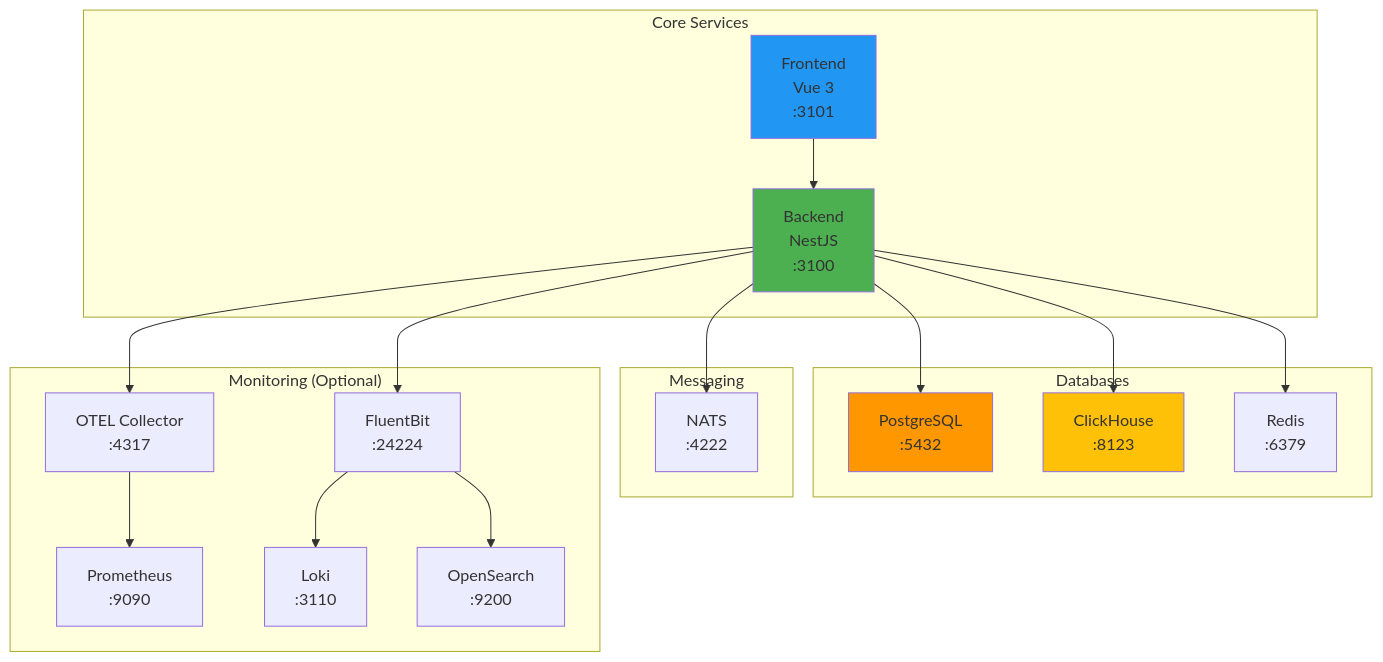
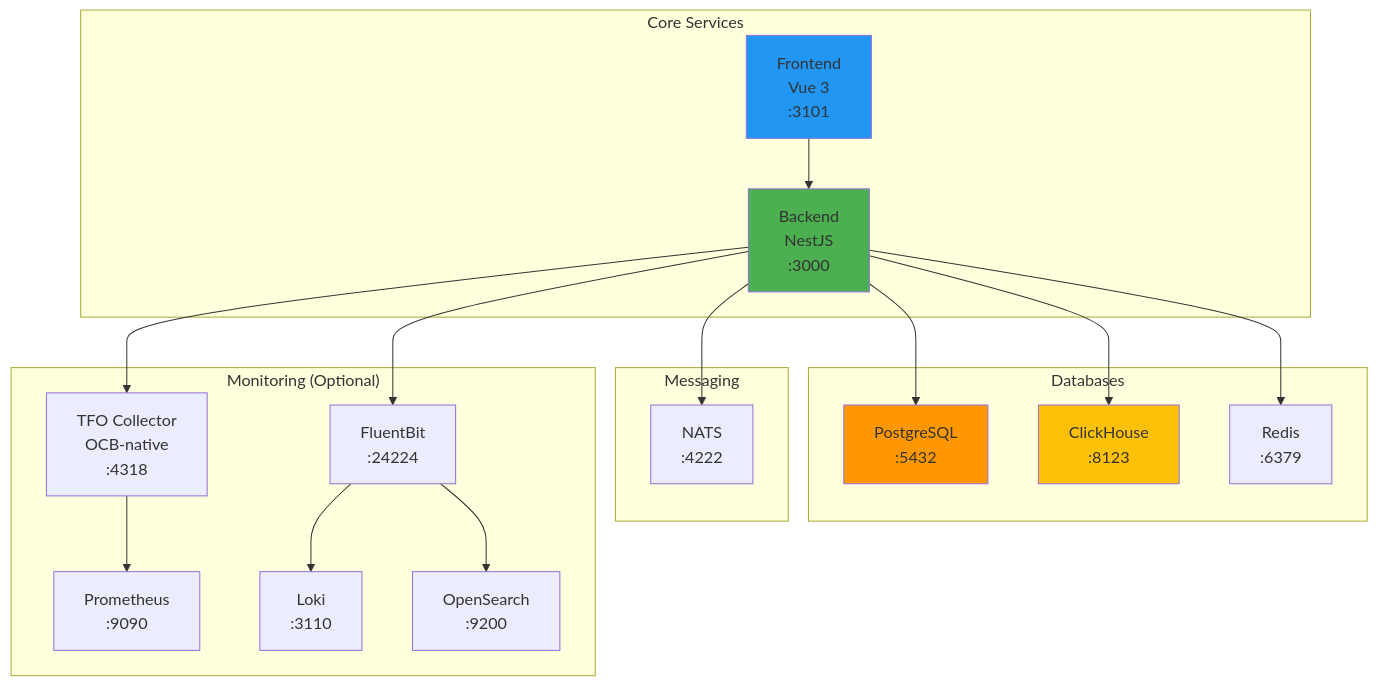
Before and after one commit to telemetryflow/telemetryflow-overview: the diagram in deployment/DOCKER-COMPOSE.md, drawn with Mermaid. The commit also changed other lines of this file and 68 other files, not shown here.

````diff
--- a/deployment/DOCKER-COMPOSE.md
+++ b/deployment/DOCKER-COMPOSE.md
@@ -28,42 +28,42 @@
 ```mermaid
 graph TB
     subgraph "Core Services"
-        BACKEND[Backend<br/>NestJS<br/>:3100]
+        BACKEND[Backend<br/>NestJS<br/>:3000]
         FRONTEND[Frontend<br/>Vue 3<br/>:3101]
     end
 
     subgraph "Databases"
         POSTGRES[PostgreSQL<br/>:5432]
         CLICKHOUSE[ClickHouse<br/>:8123]
         REDIS[Redis<br/>:6379]
     end
 
     subgraph "Messaging"
         NATS[NATS<br/>:4222]
     end
 
     subgraph "Monitoring (Optional)"
-        OTEL[OTEL Collector<br/>:4317]
+        OTEL[TFO Collector<br/>OCB-native<br/>:4318]
         PROMETHEUS[Prometheus<br/>:9090]
         LOKI[Loki<br/>:3110]
         OPENSEARCH[OpenSearch<br/>:9200]
         FLUENTBIT[FluentBit<br/>:24224]
     end
 
     FRONTEND --> BACKEND
     BACKEND --> POSTGRES
     BACKEND --> CLICKHOUSE
     BACKEND --> REDIS
     BACKEND --> NATS
     BACKEND --> OTEL
 
     OTEL --> PROMETHEUS
     BACKEND --> FLUENTBIT
     FLUENTBIT --> LOKI
     FLUENTBIT --> OPENSEARCH
 
     style BACKEND fill:#4CAF50
     style FRONTEND fill:#2196F3
     style POSTGRES fill:#FF9800
     style CLICKHOUSE fill:#FFC107
 ```
````
